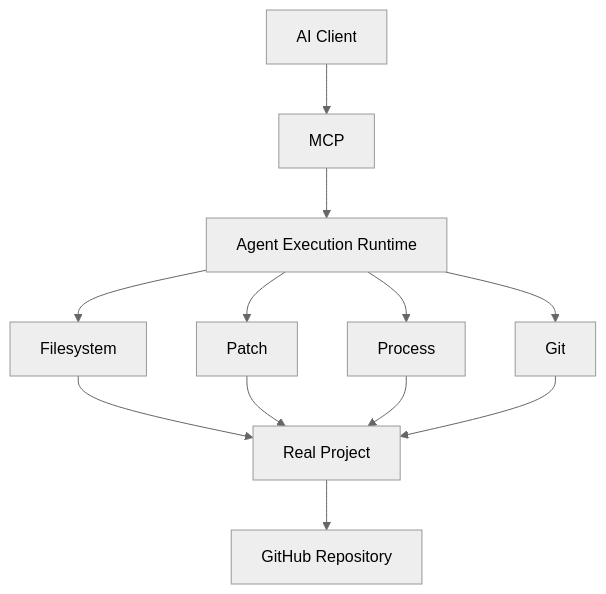
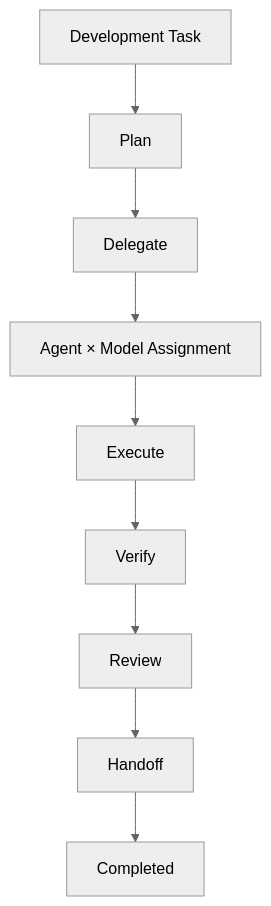
Before and after one commit to eaglesjo/MultiAgentOS: the first of 7 diagrams in README.md, drawn with Mermaid (neutral theme). The commit also changed other lines of this file, not shown here.

Commit message:
docs: refresh README for 0.5.0 architecture

````diff
--- a/README.md
+++ b/README.md
@@ -17,14 +20,11 @@
-```mermaid
+~~~mermaid
 flowchart TB
-    CLIENT["AI Client"] --> MCP["MCP"]
-    MCP --> RUNTIME["Agent Execution Runtime"]
-    RUNTIME --> FS["Filesystem"]
-    RUNTIME --> PATCH["Patch"]
-    RUNTIME --> PROCESS["Process"]
-    RUNTIME --> GIT["Git"]
-    FS --> PROJECT["Real Project"]
-    PATCH --> PROJECT
-    PROCESS --> PROJECT
-    GIT --> PROJECT
-    PROJECT --> GH["GitHub Repository"]
-```
+    TASK["Development Task"] --> PLAN["Plan"]
+    PLAN --> DELEGATE["Delegate"]
+    DELEGATE --> ASSIGN["Agent × Model Assignment"]
+    ASSIGN --> EXEC["Execute"]
+    EXEC --> VERIFY["Verify"]
+    VERIFY --> REVIEW["Review"]
+    REVIEW --> HANDOFF["Handoff"]
+    HANDOFF --> DONE["Completed"]
+~~~
````
